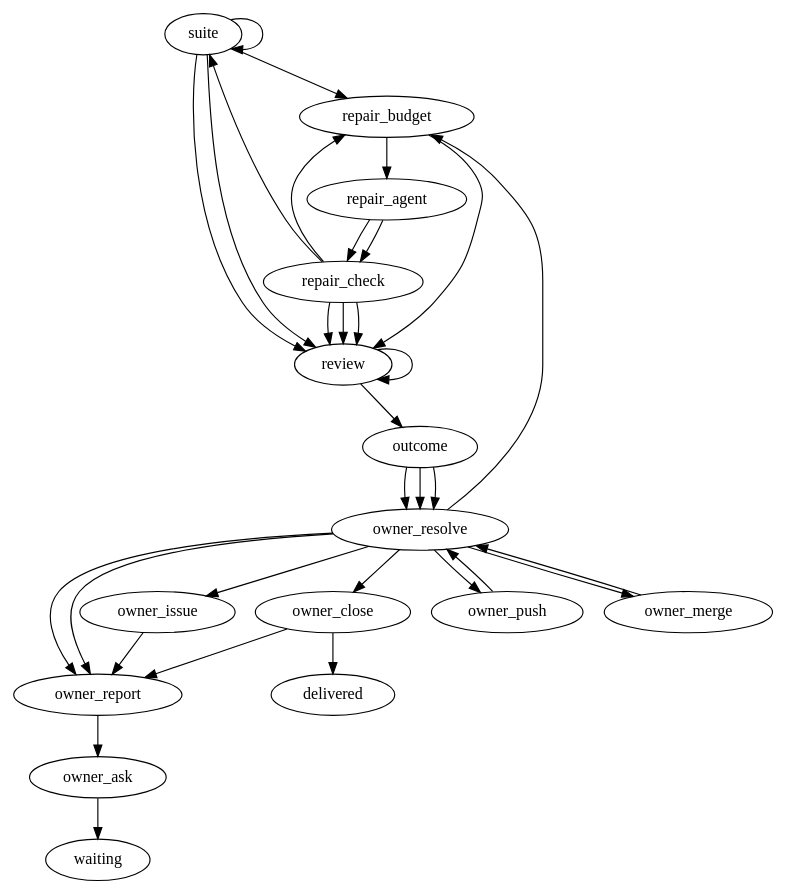
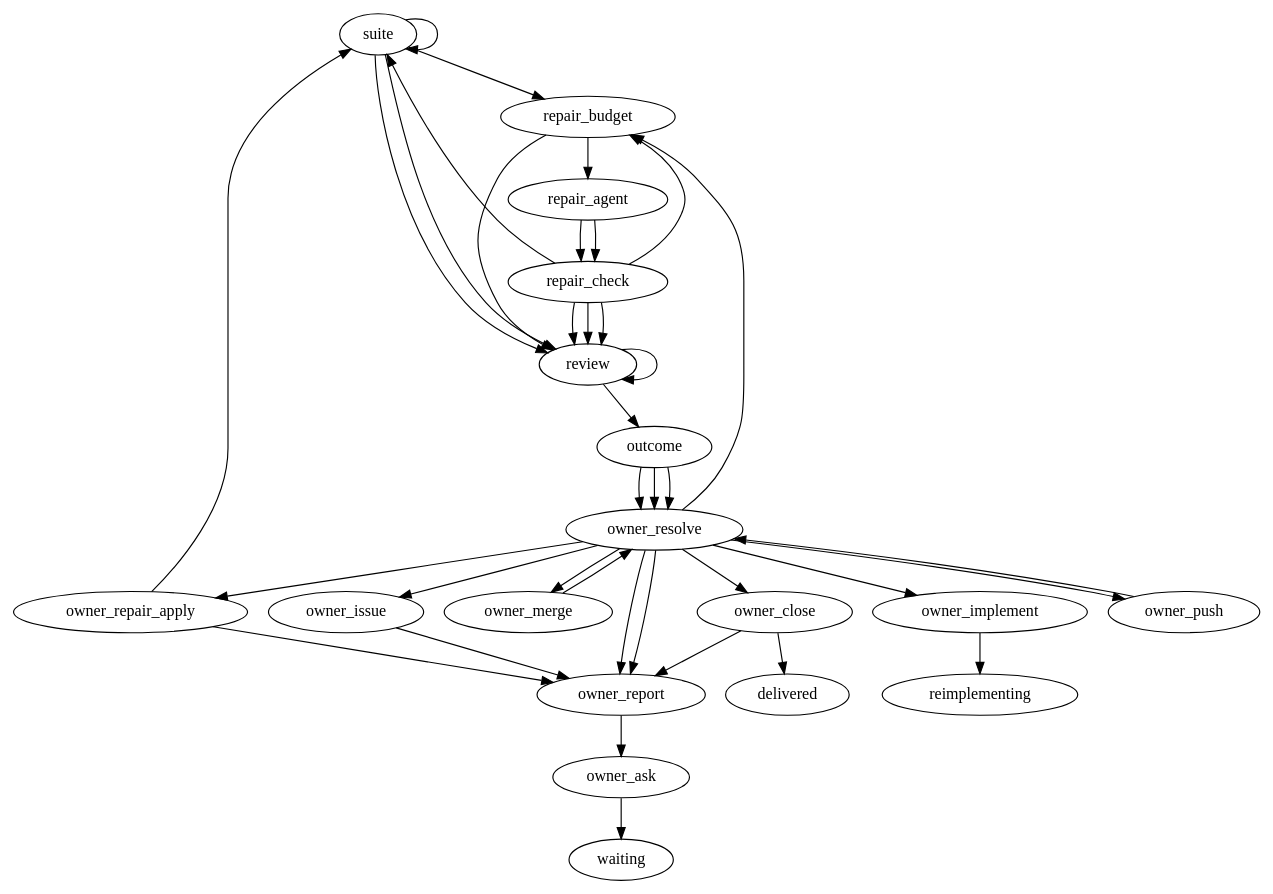
The diagram in teams/dotnet-web/v1.0.0/validate/validate.dot (marioatcloudvane/litefactory), drawn with Graphviz before and after one commit. The commit also changed 1006 other files, not shown here.

```diff
--- a/teams/dotnet-web/v1.0.0/validate/validate.dot
+++ b/teams/dotnet-web/v1.0.0/validate/validate.dot
@@ -1,126 +1,145 @@
 // Validate checks the code a story branch holds. The factory first runs the full
 // suite on one exact commit. A passed suite goes straight to review. A failed
 // suite gets at most two repair rounds from one write-access agent; the factory
 // measures what the agent really changed, keeps a small change as a new commit
-// and runs the suite on it again, and rejects a change over the limits. Three
+// and runs the suite on it again. Flagged and handback candidates are retained
+// completely before reset for exact owner review; they are not adopted automatically. Three
 // read-only reviewers then assess the final tested commit side by side. The run
 // ends in one of three ends: assessed, handed back to Implement, or blocked.
 //
 // This file is the only place the flow lives. Order, branches, the repair bound,
 // the time budget, the measured limits and the reviewers are all declared here.
 // Go supplies steps; it never picks the next step.
 //
 // After the outcome the owner side begins. The run resolves the owner's reply,
 // refreshes the one report comment and waits for the owner through the existing
 // graph wait; the owner's reply re-enters the resolve step. Every remote effect
 // (follow-up issue, push with pull request, merge, close) is its own step and is
 // reached only from the owner's own command, so one confirmation never implies
 // the next, except the explicit /validate-ship: push and merge return to the
 // resolve step, which carries a ship command on push -> merge -> close until a
 // step fails or delivery ends, and returns to the owner wait after any other
 // command. The run succeeds only after the close step has closed the accepted
 // issues, and the resolve loop is bounded by its lf_limit.
+//
+// The owner may instead send the blocking findings back to Implement with
+// /validate-implement. The implement step reopens every merged story with a
+// blocking finding on the same feature branch, gives each story worker its
+// findings as owner guidance, and starts the parent's Implement coordinator
+// once. The run then ends reimplementing; Validate runs again on the new head
+// when Implement finishes.
 //
 // The owner may choose repair for a finding. Once every blocking finding of the
 // tested commit has a choice, the repair reply starts one repair round for all
 // findings chosen for repair, through the same repair nodes and within the same
 // two-round bound as a failed suite. A kept repair is a new commit, so the suite
 // and the reviewers run again on it; a rejected or spent repair returns to the
 // owner report with its reason. Pending owner checks do not hold the round back.
 //
 // The repair bound is two rounds. Every round is counted from the moment it
 // starts, so a round that times out or is interrupted is used. The time budget
 // is in agent minutes and does not include the time the suite runs. The limits
 // of one repair are the number of files and the kinds of change that are not
 // allowed: package layout, dependencies, schema, public API, a deleted or
 // skipped test and a changed acceptance criterion.
 //
 // Every path to an end passes through review, so a failed or blocked suite still
 // gets static findings. The outcome step decides the end from the recorded
 // facts: a passed suite ends assessed, a suite that still fails ends handed back
 // with what Implement must change, and a suite that could not give a trustworthy
 // answer ends blocked with its reason. Nothing here accepts or approves.
 digraph validate {
  graph [team="dotnet-web", mode="validate", profile_version="1", start="suite"];
 
  // ---- Test the commit ---------------------------------------------------------
  // A finished result for the commit is reused as it is. The suite runs again
  // only on a new commit made by a kept repair.
  suite [lf_action="lf_validate_suite", lf_outcomes="passed,failed,blocked,retry", lf_limit="16"];
 
  // ---- Repair loop (at most two rounds) ---------------------------------------
  repair_budget [lf_action="lf_validate_repair_budget", lf_outcomes="run,spent", lf_rounds="2", lf_suite="suite", lf_limit="6"];
  repair_agent  [lf_action="lf_agent", lf_outcomes="success,failed", lf_agent_markdown="validate-repair", lf_skills="validate-repair-report,dotnet-web-engineering", lf_access="write", lf_budget="15", lf_limit="2"];
  repair_check  [lf_action="lf_validate_repair_check", lf_outcomes="kept,too_big,handback,unfinished,blocked", lf_max_files="3", lf_forbid="package,dependency,schema,api,tests,criteria", lf_source="repair_agent", lf_suite="suite", lf_limit="4"];
 
  // ---- Review the final tested commit (read-only, side by side) ----------------
- review [lf_action="lf_validate_review", lf_outcomes="done,retry", lf_roles="validate-acceptance,validate-code,validate-architecture", lf_skills="validate-review,dotnet-web-engineering", lf_suite="suite", lf_limit="32"];
+ review [lf_action="lf_validate_review", lf_outcomes="done,retry", lf_roles="validate-acceptance,validate-code,validate-architecture", lf_standards="validate-architecture", lf_skills="validate-review,dotnet-web-engineering", lf_suite="suite", lf_limit="32"];
 
  // ---- Join the findings and record the end -------------------------------------
  // It is reached once for the first end and once more after each owner repair
  // round and after a spent repair budget; on an unchanged commit it reuses the
  // recorded end.
  outcome [lf_action="lf_validate_outcome", lf_outcomes="assessed,handed_back,blocked", lf_suite="suite", lf_limit="4"];
 
  // ---- Owner resolution ----------------------------------------------------------
  // The loop limit is lf_limit on resolve. When it runs out the run stops and
  // nothing is approved, because every effect needs a command inside the loop.
- owner_resolve [lf_action="lf_validate_resolve", lf_outcomes="wait,create_issue,push,merge,close,stale,repair", lf_suite="suite", lf_limit="24"];
+ owner_resolve [lf_action="lf_validate_resolve", lf_outcomes="wait,create_issue,push,merge,close,implement,stale,repair,apply_repair", lf_suite="suite", lf_limit="24"];
  owner_report  [lf_action="lf_validate_report", lf_outcomes="done", lf_limit="64"];
  owner_ask     [lf_action="lf_validate_ask", lf_outcomes="published", lf_source="owner_resolve", lf_limit="32"];
  owner_issue   [lf_action="lf_validate_issue", lf_outcomes="done", lf_limit="24"];
  owner_push    [lf_action="lf_validate_push", lf_outcomes="done", lf_limit="8"];
  owner_merge   [lf_action="lf_validate_merge", lf_outcomes="done", lf_limit="8"];
  owner_close   [lf_action="lf_validate_close", lf_outcomes="closed,open", lf_limit="8"];
+ owner_implement [lf_action="lf_validate_implement", lf_outcomes="started", lf_suite="suite", lf_limit="4"];
+
+ // Exact owner adoption returns through the suite and all reviewers.
+ owner_repair_apply [lf_action="lf_validate_repair_apply", lf_outcomes="applied,blocked", lf_limit="4"];
 
  // ---- Ends ------------------------------------------------------------------------
- // waiting rests on the owner; delivered is reached only from a closed close.
- waiting   [lf_terminal="true"];
- delivered [lf_terminal="true"];
+ // waiting rests on the owner; delivered is reached only from a closed close;
+ // reimplementing hands the findings back to Implement.
+ waiting        [lf_terminal="true"];
+ delivered      [lf_terminal="true"];
+ reimplementing [lf_terminal="true"];
 
  // A passed suite needs no repair; a blocked one is not a code failure, so it is
  // not repaired either. A failed suite starts a repair round.
  suite -> review        [lf_on="passed"];
  suite -> repair_budget [lf_on="failed"];
  suite -> review        [lf_on="blocked"];
  suite -> suite         [lf_on="retry"];
 
  // One round: start it (this settles any round a restart left behind), run the
  // agent, measure the real change. A kept change is a new commit and is tested
  // again. A change that is too big, a diagnosis that is a handback and a round
  // that cannot be measured go to review. A round that did not finish, such as a
  // timeout, is used up; the budget decides whether another round may start.
  repair_budget -> repair_agent  [lf_on="run"];
  repair_budget -> review        [lf_on="spent"];
  repair_agent  -> repair_check  [lf_on="success"];
  repair_agent  -> repair_check  [lf_on="failed"];
  repair_check  -> suite         [lf_on="kept"];
  repair_check  -> review        [lf_on="too_big"];
  repair_check  -> review        [lf_on="handback"];
  repair_check  -> repair_budget [lf_on="unfinished"];
  repair_check  -> review        [lf_on="blocked"];
 
  review  -> outcome [lf_on="done"];
  review  -> review  [lf_on="retry"];
 
  // Every end goes to the owner: an assessed run asks what to do with the
  // findings, a handed back or blocked one shows why and what is open.
  outcome -> owner_resolve [lf_on="assessed"];
  outcome -> owner_resolve [lf_on="handed_back"];
  outcome -> owner_resolve [lf_on="blocked"];
 
+ owner_resolve -> owner_repair_apply [lf_on="apply_repair"];
+ owner_repair_apply -> suite [lf_on="applied"];
+ owner_repair_apply -> owner_report [lf_on="blocked"];
  owner_resolve -> owner_report       [lf_on="wait"];
  owner_resolve -> owner_report       [lf_on="stale"];
  owner_resolve -> owner_issue        [lf_on="create_issue"];
  owner_resolve -> repair_budget      [lf_on="repair"];
  owner_resolve -> owner_push         [lf_on="push"];
  owner_resolve -> owner_merge        [lf_on="merge"];
  owner_resolve -> owner_close        [lf_on="close"];
+ owner_resolve -> owner_implement    [lf_on="implement"];
+ owner_implement -> reimplementing   [lf_on="started"];
  owner_issue -> owner_report       [lf_on="done"];
  owner_push -> owner_resolve      [lf_on="done"];
  owner_merge -> owner_resolve      [lf_on="done"];
  owner_close -> delivered    [lf_on="closed"];
  owner_close -> owner_report       [lf_on="open"];
  owner_report -> owner_ask          [lf_on="done"];
  owner_ask -> waiting      [lf_on="published"];
 }
```
